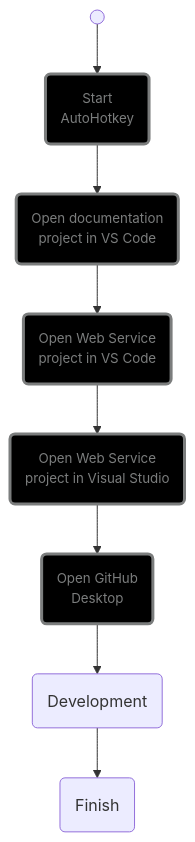
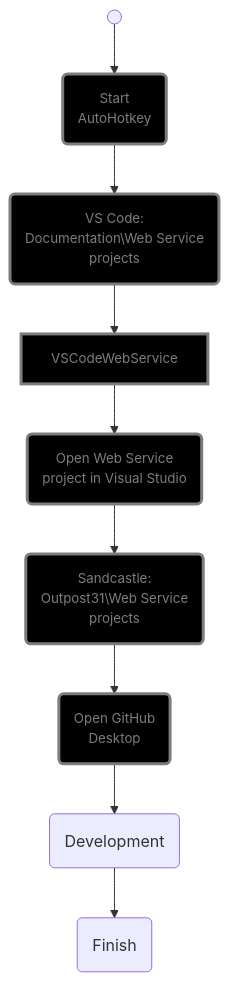
One commit to spectrum-health-systems/tingen-documentation changed the second of 7 diagrams in Development/development-workflows.md. Above: the diagram before and after it, drawn with Mermaid. The commit also changed other lines of this file and 1 other file, not shown here.

````diff
--- a/Development/development-workflows.md
+++ b/Development/development-workflows.md
@@ -55,21 +53,21 @@
 ```mermaid
 flowchart TB
   %% Components
   Start@{shape: sm-circ, label: ""}
   AutoHotKey@{shape: rounded, label: "Start\nAutoHotkey"}
-  VSCodeDocumentationProject@{shape: rounded, label: "Open documentation\nproject in VS Code"}
-  VSCodeWebService@{shape: rounded, label: "Open Web Service\nproject in VS Code"}
-  VSWebService@{shape: rounded, label: "Open Web Service\nproject in Visual Studio"}
+  VSCodeProjects@{shape: rounded, label: "VS Code:\nDocumentation\\Web Service\nprojects"}
+  VS2022Projects@{shape: rounded, label: "Open Web Service\nproject in Visual Studio"}
+  SandcastleProjects@{shape: rounded, label: "Sandcastle:\nOutpost31\\Web Service\nprojects"}
   GitHubDesktop@{shape: rounded, label: "Open GitHub\nDesktop"}
   Development@{shape: rounded, label: "Development"}
   Finish@{shape: rounded, label: "Finish"}
   %% Subgraphs
   %% Layout
-  Start --> AutoHotKey:::B7a_ --> VSCodeDocumentationProject:::B7a_ --> VSCodeWebService:::B7a_ --> VSWebService:::B7a_ --> GitHubDesktop:::B7a_ --> Development --> Finish
+  Start --> AutoHotKey:::B7a_ --> VSCodeProjects:::B7a_ --> VSCodeWebService:::B7a_ --> VS2022Projects:::B7a_ --> SandcastleProjects:::B7a_ -->GitHubDesktop:::B7a_ --> Development --> Finish
   %% Styles
   classDef U5_ stroke:#154360,stroke-width:3px,fill:#eaf2f8,color:#154360
   classDef U6_ stroke:#154360,stroke-width:3px,fill:#a9cce3,color:#154360
   classDef U7_ stroke:#154360,stroke-width:3px,fill:#5499c7,color:#eaf2f8
   classDef B7a_ stroke:#7b7d7d,stroke-width:3px,fill:#000000,color:#7b7d7d,font-size: 10pt
   classDef Hidden display: none;
 ```
````
